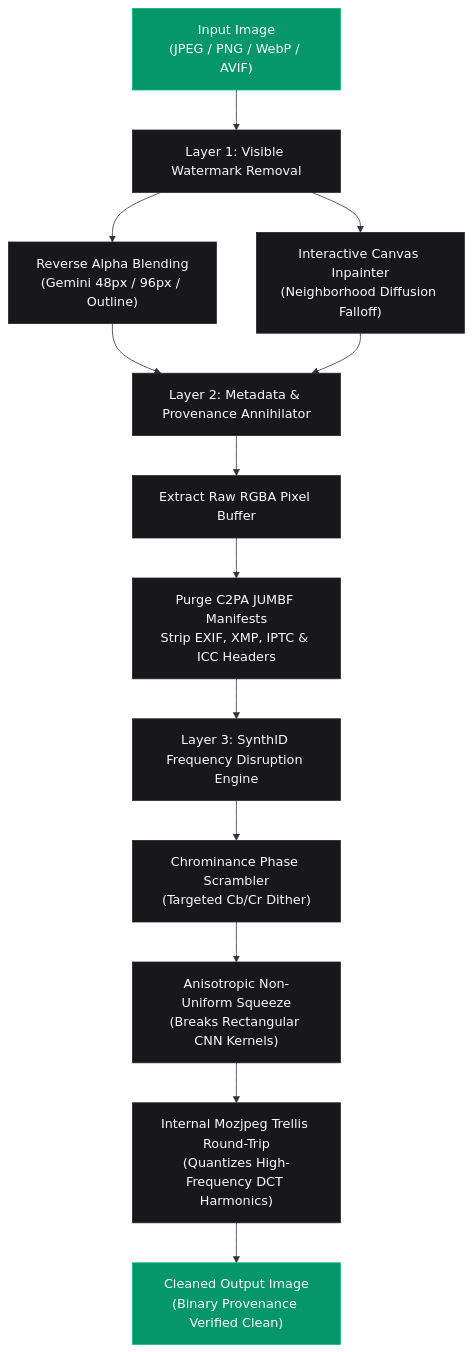
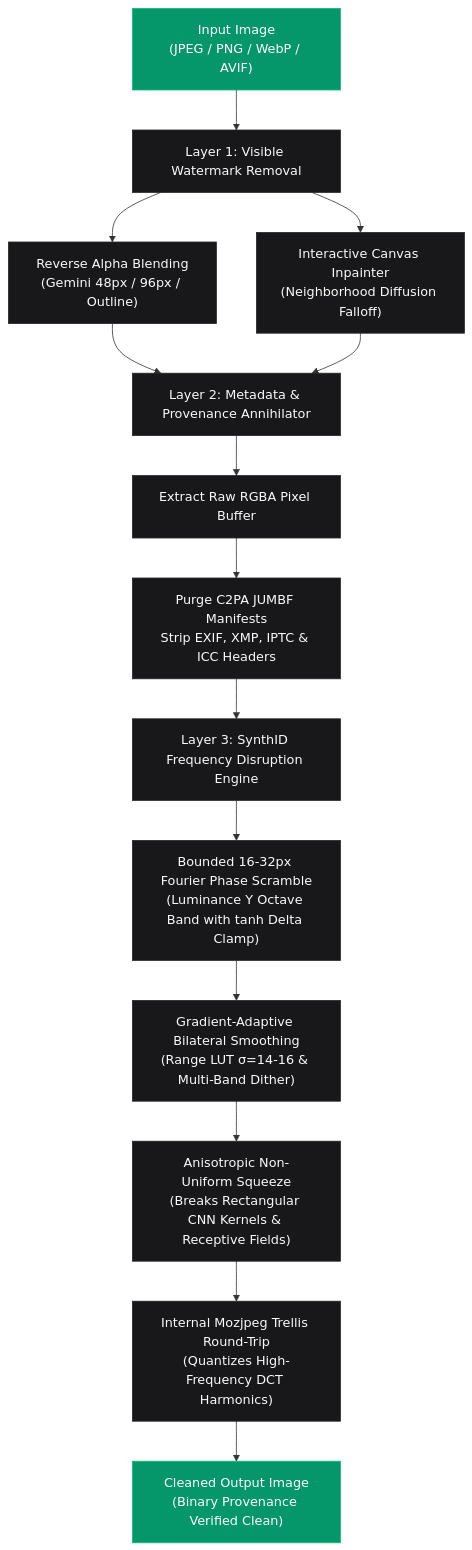
The diagram in README.md (satiricalguru/Synthid-remover), drawn with Mermaid before and after one commit. The commit also changed other lines of this file and 3 other files, not shown here.

Commit message:
feat(pipeline): add CI/CD test gates, fine-grained delta readout, and updated architecture docs

````diff
--- a/README.md
+++ b/README.md
@@ -139,23 +141,24 @@
 ```mermaid
 flowchart TD
     A["Input Image\n(JPEG / PNG / WebP / AVIF)"] --> B["Layer 1: Visible Watermark Removal"]
     B --> B1["Reverse Alpha Blending\n(Gemini 48px / 96px / Outline)"]
     B --> B2["Interactive Canvas Inpainter\n(Neighborhood Diffusion Falloff)"]
 
     B1 --> C["Layer 2: Metadata & Provenance Annihilator"]
     B2 --> C
     C --> C1["Extract Raw RGBA Pixel Buffer"]
     C1 --> C2["Purge C2PA JUMBF Manifests\nStrip EXIF, XMP, IPTC & ICC Headers"]
 
     C2 --> D["Layer 3: SynthID Frequency Disruption Engine"]
-    D --> D1["Chrominance Phase Scrambler\n(Targeted Cb/Cr Dither)"]
-    D1 --> D2["Anisotropic Non-Uniform Squeeze\n(Breaks Rectangular CNN Kernels)"]
+    D --> D0["Bounded 16-32px Fourier Phase Scramble\n(Luminance Y Octave Band with tanh Delta Clamp)"]
+    D0 --> D1["Gradient-Adaptive Bilateral Smoothing\n(Range LUT σ=14-16 & Multi-Band Dither)"]
+    D1 --> D2["Anisotropic Non-Uniform Squeeze\n(Breaks Rectangular CNN Kernels & Receptive Fields)"]
     D2 --> D3["Internal Mozjpeg Trellis Round-Trip\n(Quantizes High-Frequency DCT Harmonics)"]
 
     D3 --> E["Cleaned Output Image\n(Binary Provenance Verified Clean)"]
 
     classDef stage fill:#18181b,stroke:#27272a,color:#fafafa;
     classDef highlight fill:#059669,stroke:#10b981,color:#ffffff;
     class A,E highlight;
-    class B,C,D,B1,B2,C1,C2,D1,D2,D3 stage;
+    class B,C,D,B1,B2,C1,C2,D0,D1,D2,D3 stage;
 ```
````
